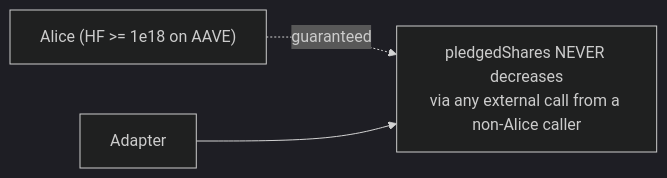
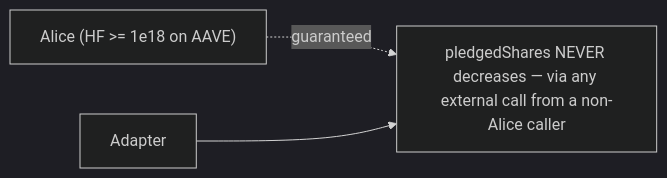
Before and after one commit to sanbir/vault-steth-adapter: the first of 6 diagrams in docs/Liquidation-guarantees.md, drawn with Mermaid (dark theme). The commit also changed other lines of this file and 1 other file, not shown here.

First line of the commit message:
docs: fix Mermaid <br/> rendering errors in Architecture.md and Liquidation-guarantees.md

````diff
--- a/docs/Liquidation-guarantees.md
+++ b/docs/Liquidation-guarantees.md
@@ -17,8 +17,8 @@
 ```mermaid
 flowchart LR
     HealthyAlice["Alice (HF >= 1e18 on AAVE)"]
     Adapter
-    NeverDrained["pledgedShares NEVER decreases<br/>via any external call from a non-Alice caller"]
+    NeverDrained["pledgedShares NEVER decreases — via any external call from a non-Alice caller"]
     HealthyAlice -.guaranteed.-> NeverDrained
     Adapter --> NeverDrained
 ```
````
